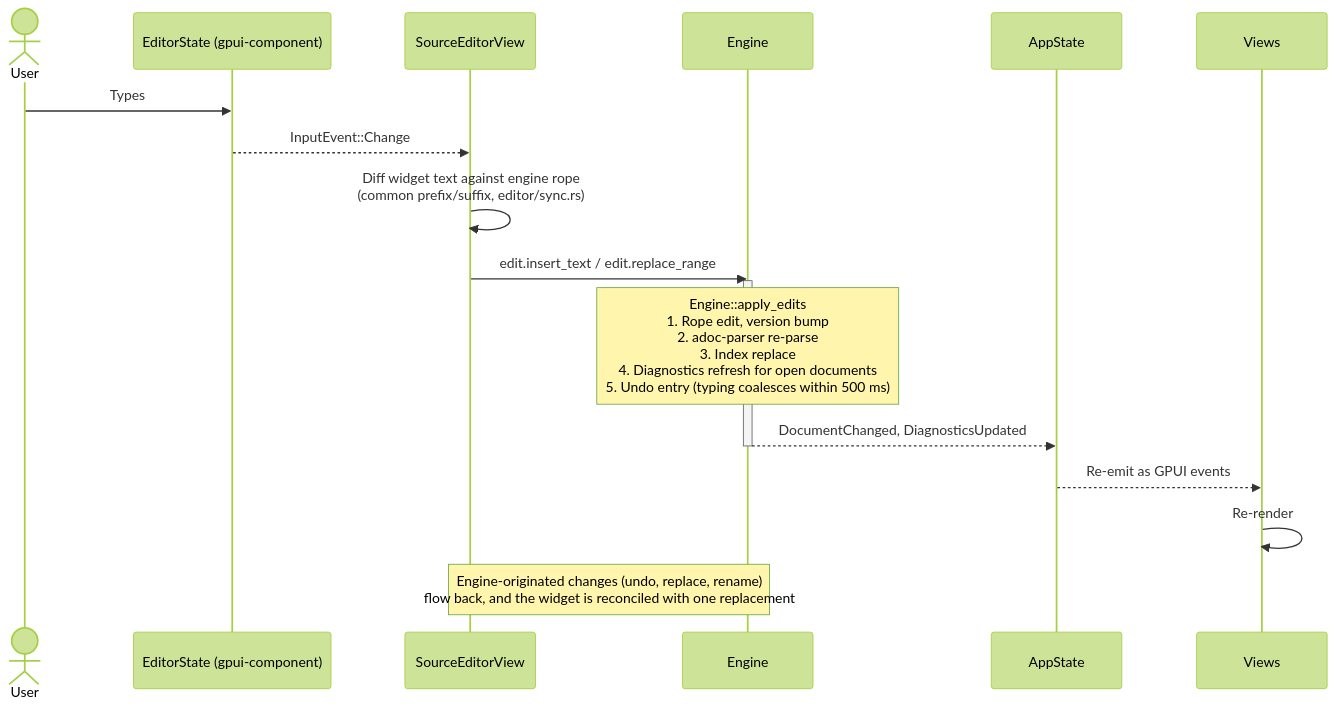
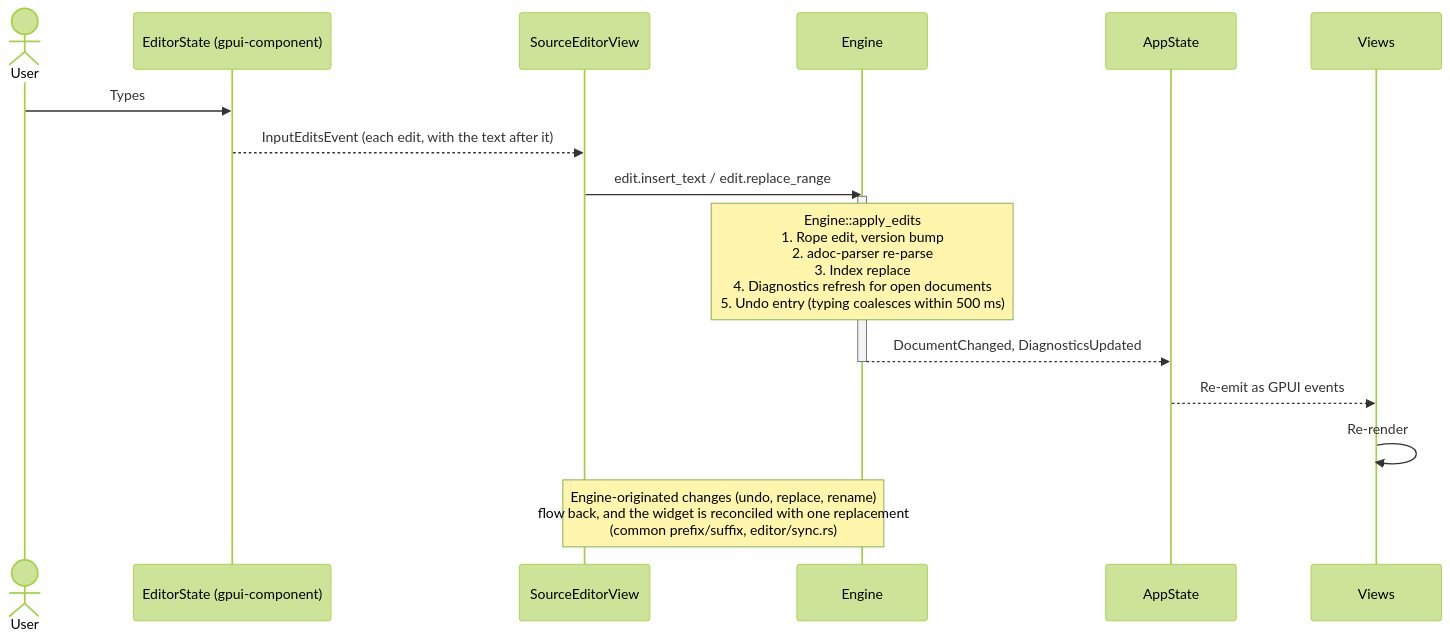
Before and after one commit to bovinemagnet/AdocFoundry: the diagram in src/docs/modules/developer/examples/keystroke-flow.mmd, drawn with Mermaid (forest theme). The commit also changed 16 other files, not shown here.

Commit message:
Send the editor widget's exact edits to the engine (gpui-component 0.9)

```diff
--- a/src/docs/modules/developer/examples/keystroke-flow.mmd
+++ b/src/docs/modules/developer/examples/keystroke-flow.mmd
@@ -1,18 +1,17 @@
 sequenceDiagram
     actor User
     participant ES as EditorState (gpui-component)
     participant SEV as SourceEditorView
     participant Eng as Engine
     participant App as AppState
     participant Views
     User->>ES: Types
-    ES-->>SEV: InputEvent::Change
-    SEV->>SEV: Diff widget text against engine rope<br/>(common prefix/suffix, editor/sync.rs)
+    ES-->>SEV: InputEditsEvent (each edit, with the text after it)
     SEV->>Eng: edit.insert_text / edit.replace_range
     activate Eng
     Note over Eng: Engine::apply_edits<br/>1. Rope edit, version bump<br/>2. adoc-parser re-parse<br/>3. Index replace<br/>4. Diagnostics refresh for open documents<br/>5. Undo entry (typing coalesces within 500 ms)
     Eng-->>App: DocumentChanged, DiagnosticsUpdated
     deactivate Eng
     App-->>Views: Re-emit as GPUI events
     Views->>Views: Re-render
-    Note over Eng,SEV: Engine-originated changes (undo, replace, rename)<br/>flow back, and the widget is reconciled with one replacement
+    Note over Eng,SEV: Engine-originated changes (undo, replace, rename)<br/>flow back, and the widget is reconciled with one replacement<br/>(common prefix/suffix, editor/sync.rs)
```
